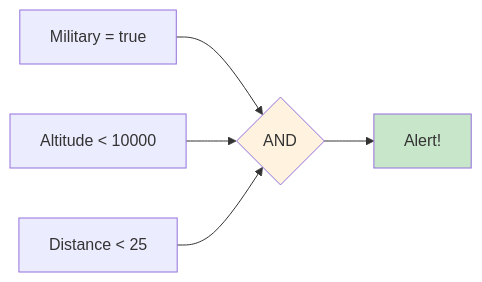
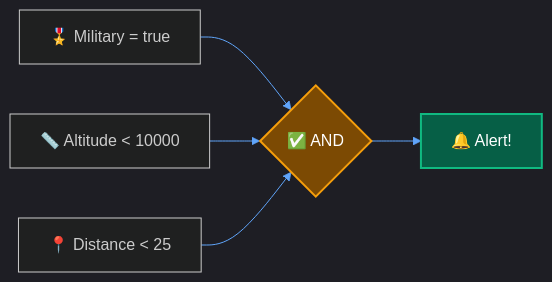
Before and after one commit to CHA0S-CORP/SkySpyDocs: the fourth of 7 diagrams in docs/Getting Started/safety-and-alerts.md, drawn with Mermaid. The commit also changed other lines of this file and 11 other files, not shown here.

````diff
--- a/docs/Getting Started/safety-and-alerts.md
+++ b/docs/Getting Started/safety-and-alerts.md
@@ -260,10 +263,11 @@
     ```mermaid
+    %%{init: {'theme': 'dark', 'themeVariables': { 'primaryColor': '#1e3a5f', 'primaryTextColor': '#fff', 'primaryBorderColor': '#3b82f6', 'lineColor': '#60a5fa'}}}%%
     flowchart LR
-        M[Military = true] --> AND{AND}
-        A[Altitude < 10000] --> AND
-        D[Distance < 25] --> AND
-        AND --> ALERT[Alert!]
+        M["🎖️ Military = true"] --> AND{"✅ AND"}
+        A["📏 Altitude < 10000"] --> AND
+        D["📍 Distance < 25"] --> AND
+        AND --> ALERT["🔔 Alert!"]
 
-        style AND fill:#fff3e0
-        style ALERT fill:#c8e6c9
+        style AND fill:#7c4a03,stroke:#f59e0b,stroke-width:2px,color:#fff
+        style ALERT fill:#065f46,stroke:#10b981,stroke-width:2px,color:#fff
     ```
````
